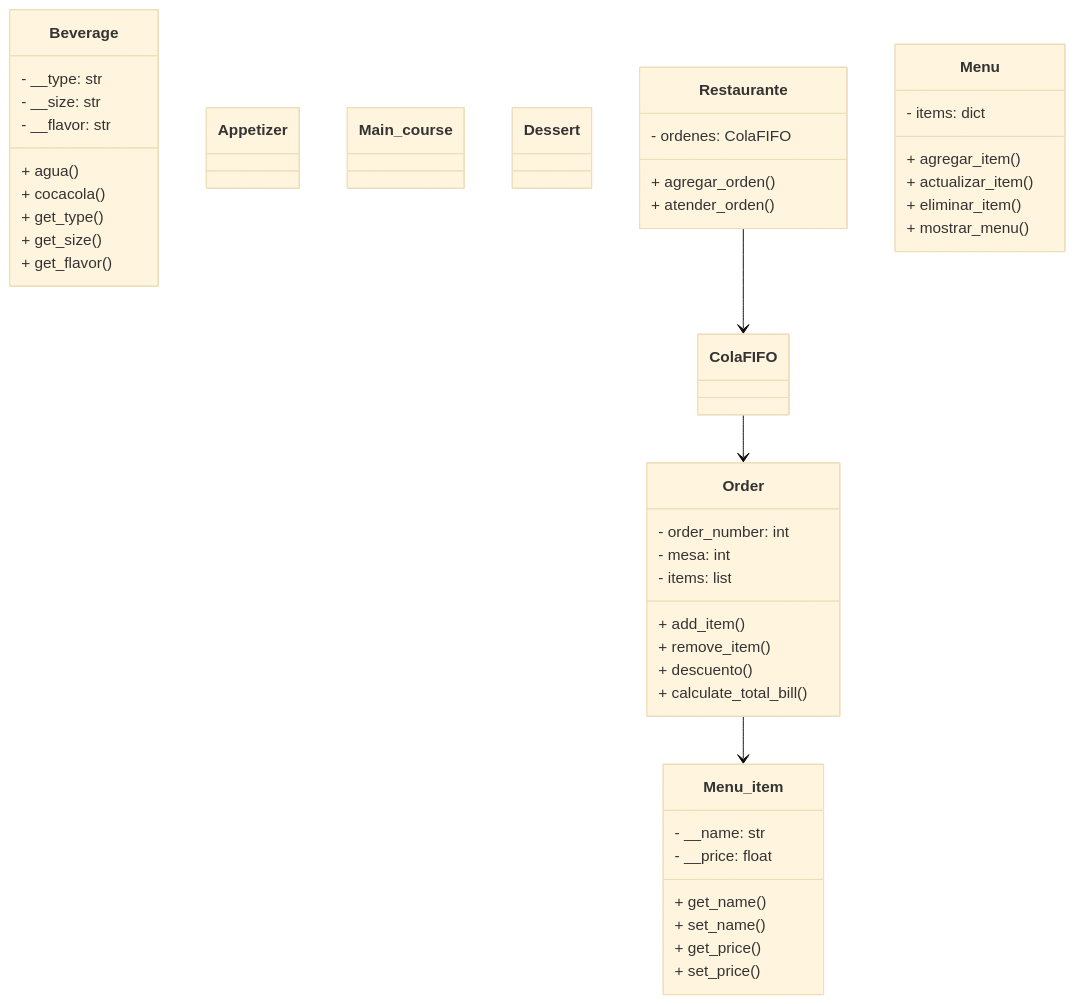
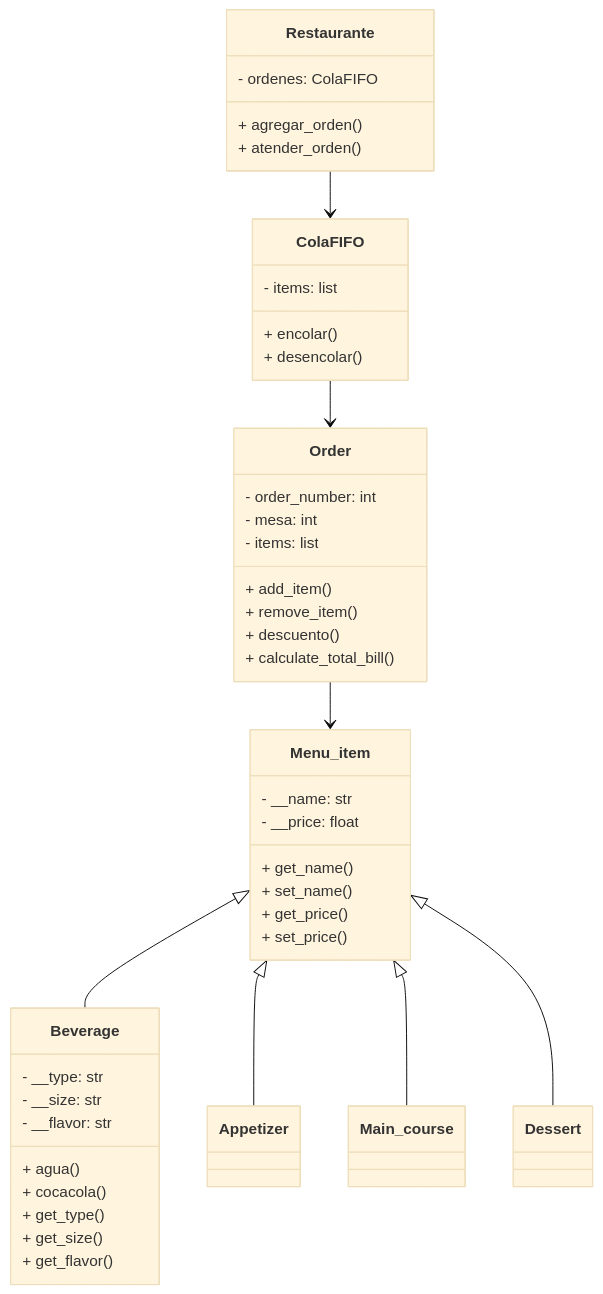
The first of 2 diagrams in README.md (Miguel-Coder-24/Reto-7), drawn with Mermaid (base theme) before and after one commit.

Commit message:
README.md

````diff
--- a/README.md
+++ b/README.md
@@ -7,53 +7,59 @@
 ```mermaid
 classDiagram
     class Menu_item {
         - __name: str
         - __price: float
         + get_name()
         + set_name()
         + get_price()
         + set_price()
     }
 
     class Beverage {
         - __type: str
         - __size: str
         - __flavor: str
         + agua()
         + cocacola()
         + get_type()
         + get_size()
         + get_flavor()
     }
 
     class Appetizer
     class Main_course
     class Dessert
     class Order {
         - order_number: int
         - mesa: int
         - items: list
         + add_item()
         + remove_item()
         + descuento()
         + calculate_total_bill()
     }
 
+    class ColaFIFO {
+        - items: list
+        + encolar()
+        + desencolar()
+    }
+
     class Restaurante {
         - ordenes: ColaFIFO
         + agregar_orden()
         + atender_orden()
     }
 
-    class Menu {
-        - items: dict
-        + agregar_item()
-        + actualizar_item()
-        + eliminar_item()
-        + mostrar_menu()
-    }
+
+    Menu_item <|-- Beverage
+    Menu_item <|-- Appetizer
+    Menu_item <|-- Main_course
+    Menu_item <|-- Dessert
+
 
     Restaurante --> ColaFIFO
     ColaFIFO --> Order
     Order --> Menu_item
+
 ```
````
